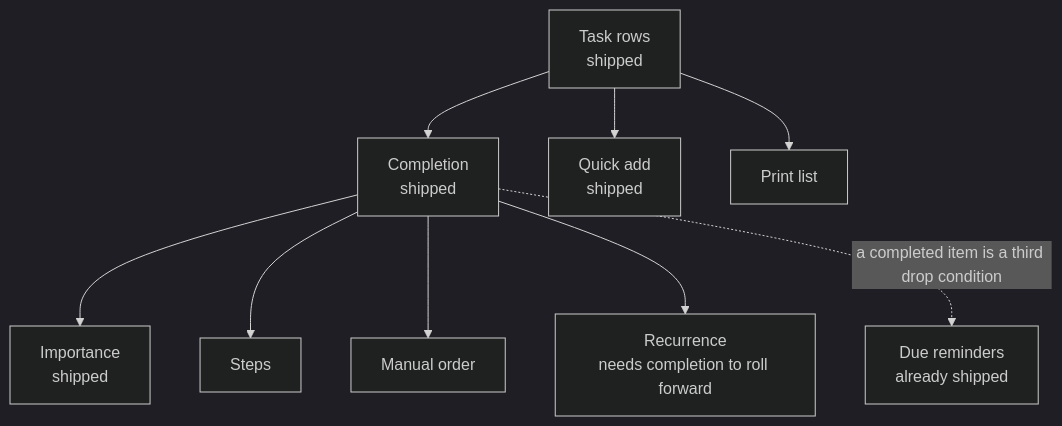
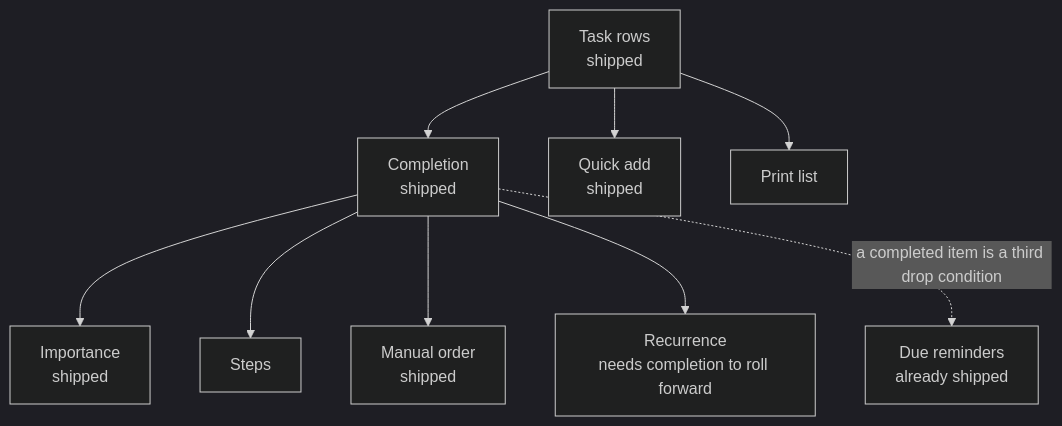
Before and after one commit to Esposter/Esposter: the diagram in apps/web/content/docs/proposals/resource/todo-list/index.md, drawn with Mermaid (dark theme). The commit also changed other lines of this file and 24 other files, not shown here.

````diff
--- a/apps/web/content/docs/proposals/resource/todo-list/index.md
+++ b/apps/web/content/docs/proposals/resource/todo-list/index.md
@@ -27,11 +27,11 @@
 ```mermaid
 flowchart TD
   ROWS[Task rows<br/>shipped] --> DONE[Completion<br/>shipped]
   ROWS --> ADD[Quick add<br/>shipped]
   ROWS --> PRINT[Print list]
   DONE --> STAR[Importance<br/>shipped]
   DONE --> STEPS[Steps]
-  DONE --> ORDER[Manual order]
+  DONE --> ORDER[Manual order<br/>shipped]
   DONE --> REPEAT[Recurrence<br/>needs completion to roll forward]
   DONE -.->|a completed item is a third drop condition| REM[Due reminders<br/>already shipped]
 ```
````
